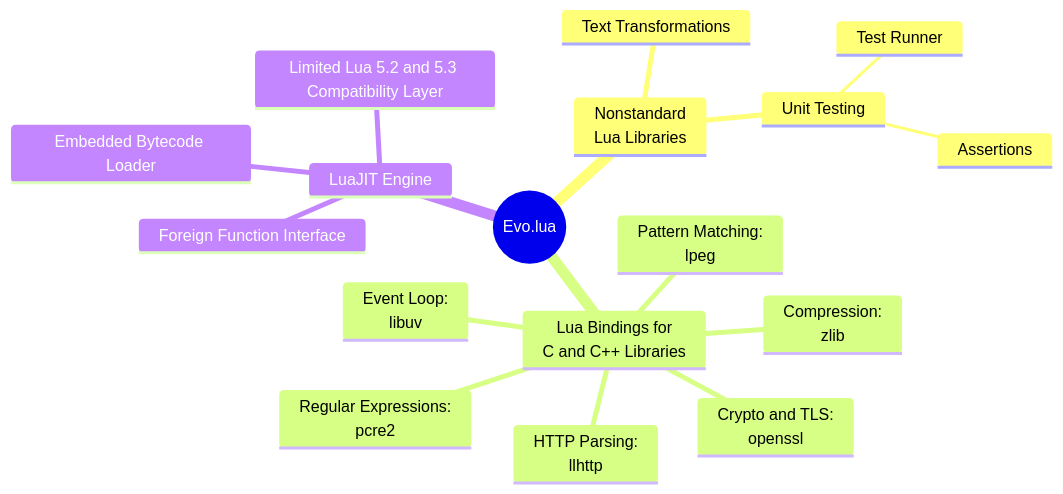
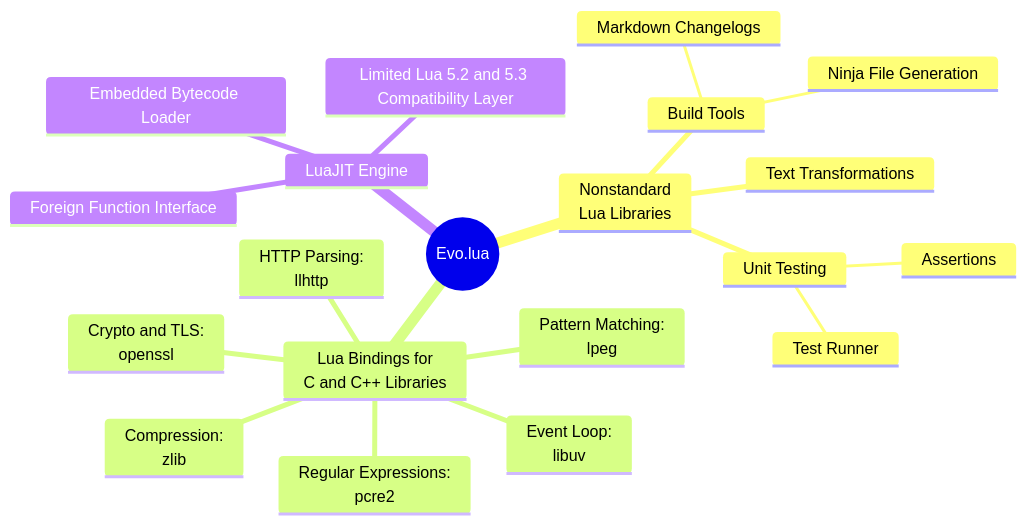
The diagram in docs/background-information/architecture/mindmap.mmd (evo-lua/evo-lua.github.io), drawn with Mermaid before and after one commit.

```diff
--- a/docs/background-information/architecture/mindmap.mmd
+++ b/docs/background-information/architecture/mindmap.mmd
@@ -1,18 +1,21 @@
 mindmap
   root((Evo.lua))
     Nonstandard<br/>Lua Libraries
       Text Transformations
+      Build Tools
+        Ninja File Generation
+        Markdown Changelogs
       Unit Testing
         Test Runner
         Assertions
     Lua Bindings for<br/>C and C++ Libraries
       Event Loop:<br/>libuv
       Crypto and TLS:<br/>openssl
       Compression:<br/>zlib
       Regular Expressions:<br/>pcre2
       Pattern Matching:<br/>lpeg
       HTTP Parsing:<br/>llhttp
     LuaJIT Engine
       Foreign Function Interface
       Embedded Bytecode Loader
       Limited Lua 5.2 and 5.3 Compatibility Layer
```
